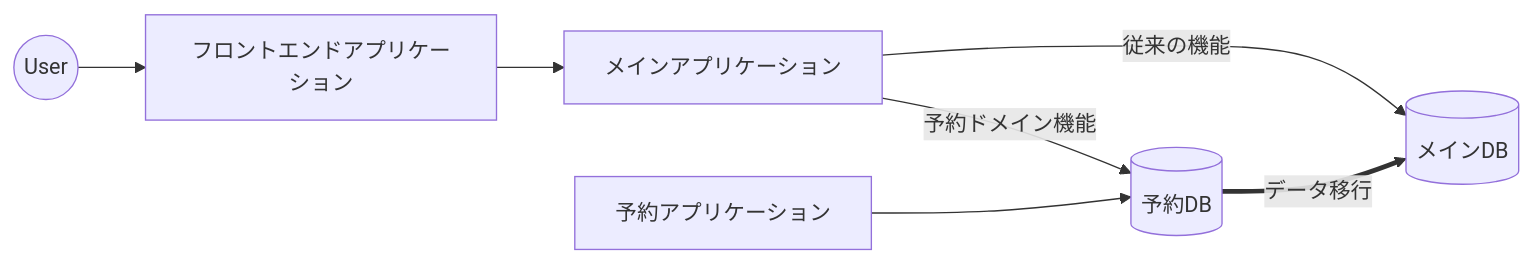
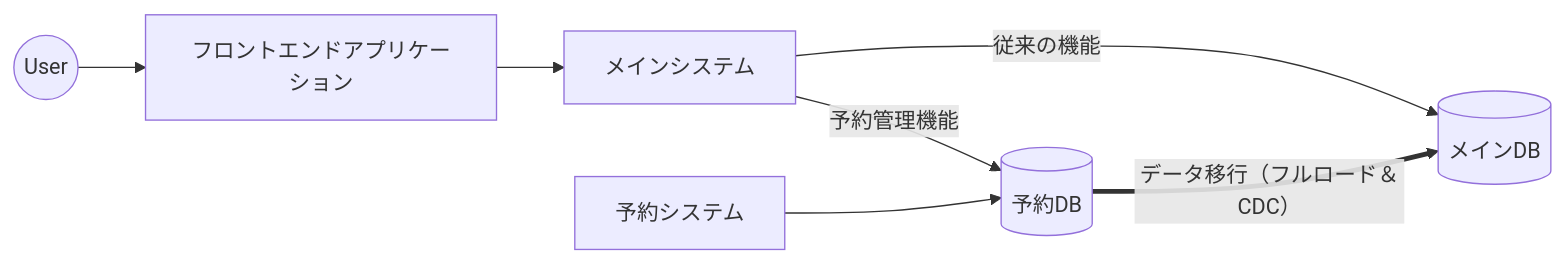
One commit to yuma-ito-bd/zenn-articles changed the fifth of 8 diagrams in articles/20251124-system-migration.md. Above: the diagram before and after it, drawn with Mermaid. The commit also changed other lines of this file, not shown here.

````diff
--- a/articles/20251124-system-migration.md
+++ b/articles/20251124-system-migration.md
@@ -111,12 +151,12 @@
    ```mermaid
    graph LR
 
    user((User)) --> spa["フロントエンドアプリケーション"]
    spa --> sys1
 
-   sys2[予約アプリケーション] --> db2[(予約DB)]
+   sys2[予約システム] --> db2[(予約DB)]
 
-   sys1[メインアプリケーション] -->|従来の機能| db1[(メインDB)]
-   sys1 -->|予約ドメイン機能| db2
-   db2 ==>|データ移行| db1
+   sys1[メインシステム] -->|従来の機能| db1[(メインDB)]
+   sys1 -->|予約管理機能| db2
+   db2 ==>|データ移行（フルロード＆CDC）| db1
    ```
````
